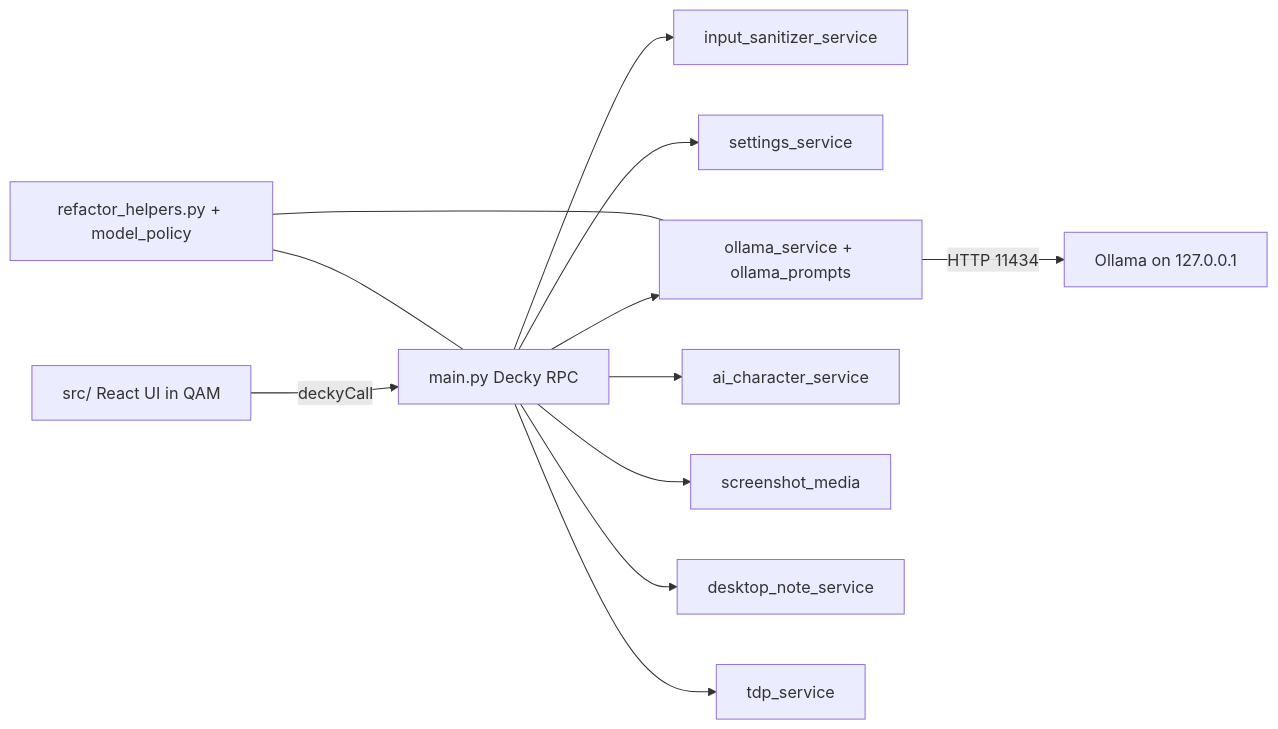
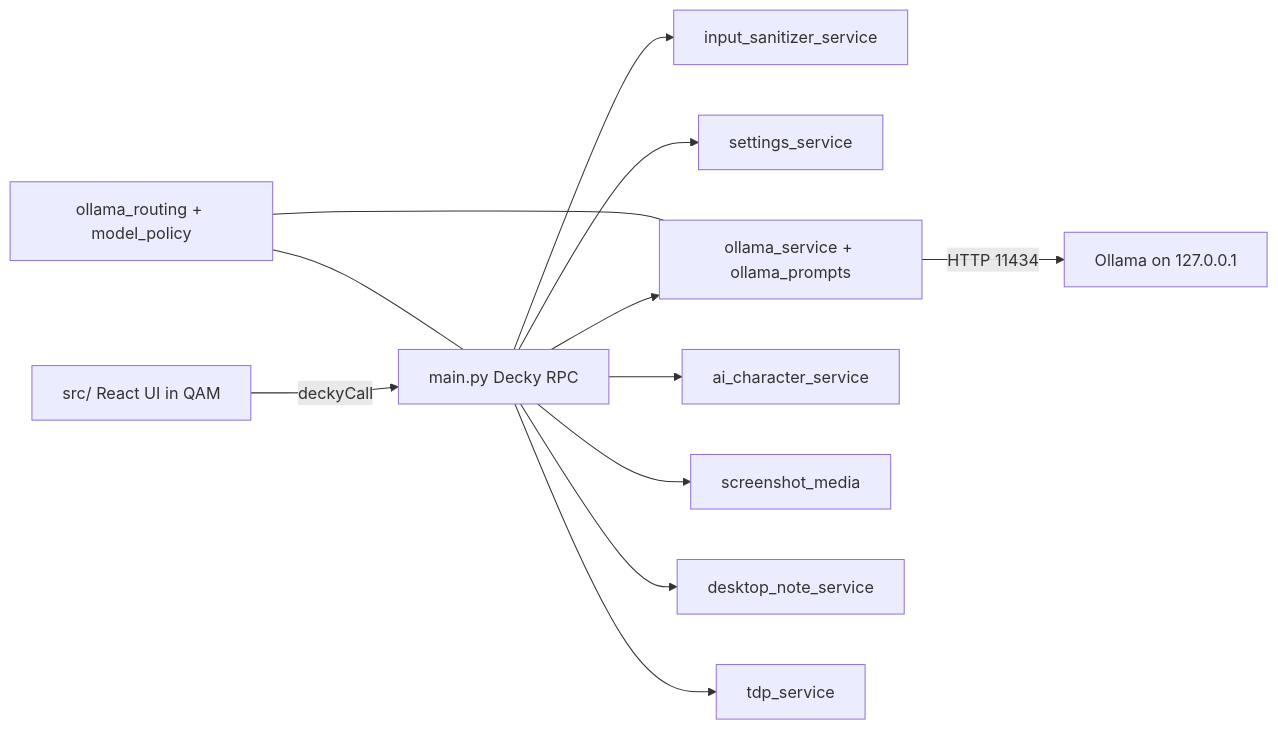
One commit to cantcurecancer/bonsAI changed the diagram in docs/development.md. Above: the diagram before and after it, drawn with Mermaid. The commit also changed other lines of this file and 20 other files, not shown here.

````diff
--- a/docs/development.md
+++ b/docs/development.md
@@ -185,14 +185,14 @@
 ```mermaid
 flowchart LR
   UI[src/ React UI in QAM] -->|deckyCall| RPC[main.py Decky RPC]
   RPC --> Sanitizer[input_sanitizer_service]
   RPC --> SettingsSvc[settings_service]
   RPC --> OllamaSvc[ollama_service + ollama_prompts]
   OllamaSvc -->|HTTP 11434| OllamaHost[Ollama on 127.0.0.1]
   RPC --> Character[ai_character_service]
   RPC --> Vision[screenshot_media]
   RPC --> Desktop[desktop_note_service]
   RPC --> TDP[tdp_service]
-  Shared[refactor_helpers.py + model_policy] --- RPC
+  Shared[ollama_routing + model_policy] --- RPC
   Shared --- OllamaSvc
 ```
````
